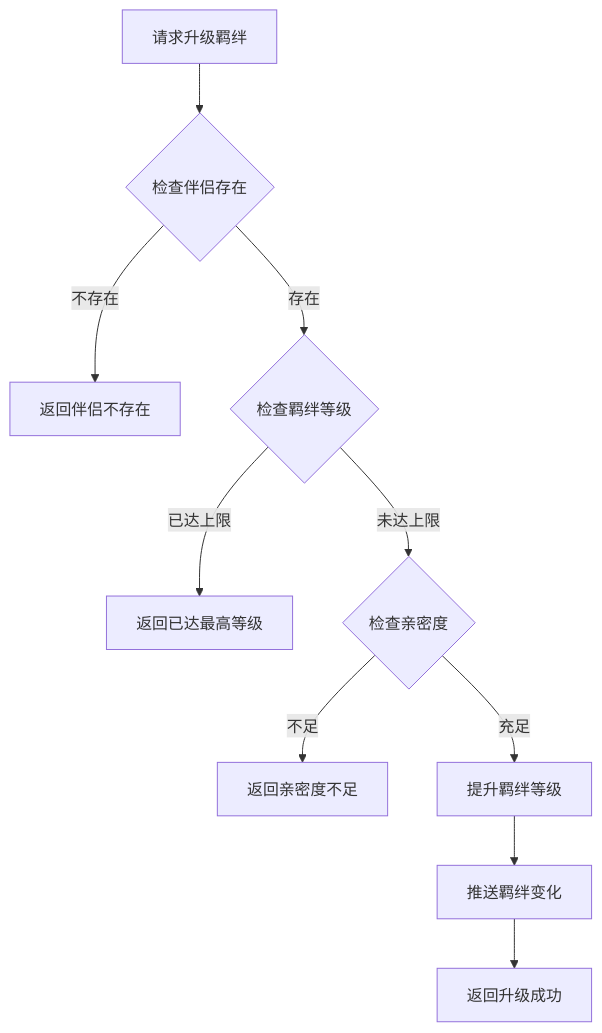
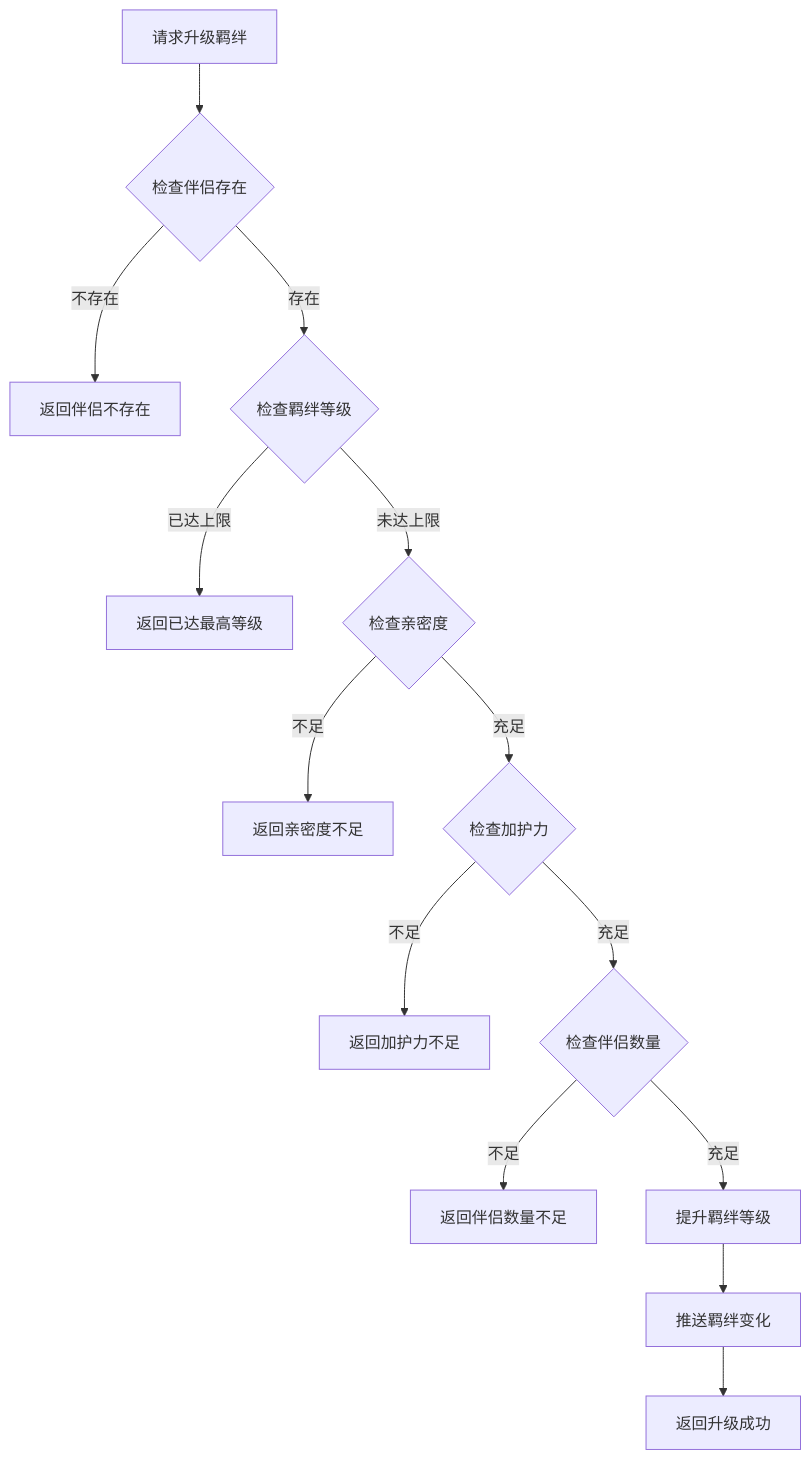
The first of 5 diagrams in docs/Module_Consort/05_完整说明.md (Alan-Ben/k2c_game_framework), drawn with Mermaid before and after one commit. The commit also changed other lines of this file and 5 other files, not shown here.

````diff
--- a/docs/Module_Consort/05_完整说明.md
+++ b/docs/Module_Consort/05_完整说明.md
@@ -87,12 +87,16 @@
 ```mermaid
 flowchart TD
     A[请求升级羁绊] --> B{检查伴侣存在}
     B -->|不存在| C[返回伴侣不存在]
     B -->|存在| D{检查羁绊等级}
     D -->|已达上限| E[返回已达最高等级]
     D -->|未达上限| F{检查亲密度}
     F -->|不足| G[返回亲密度不足]
-    F -->|充足| H[提升羁绊等级]
-    H --> I[推送羁绊变化]
-    I --> J[返回升级成功]
+    F -->|充足| H{检查加护力}
+    H -->|不足| I[返回加护力不足]
+    H -->|充足| J{检查伴侣数量}
+    J -->|不足| K[返回伴侣数量不足]
+    J -->|充足| L[提升羁绊等级]
+    L --> M[推送羁绊变化]
+    M --> N[返回升级成功]
 ```
````
